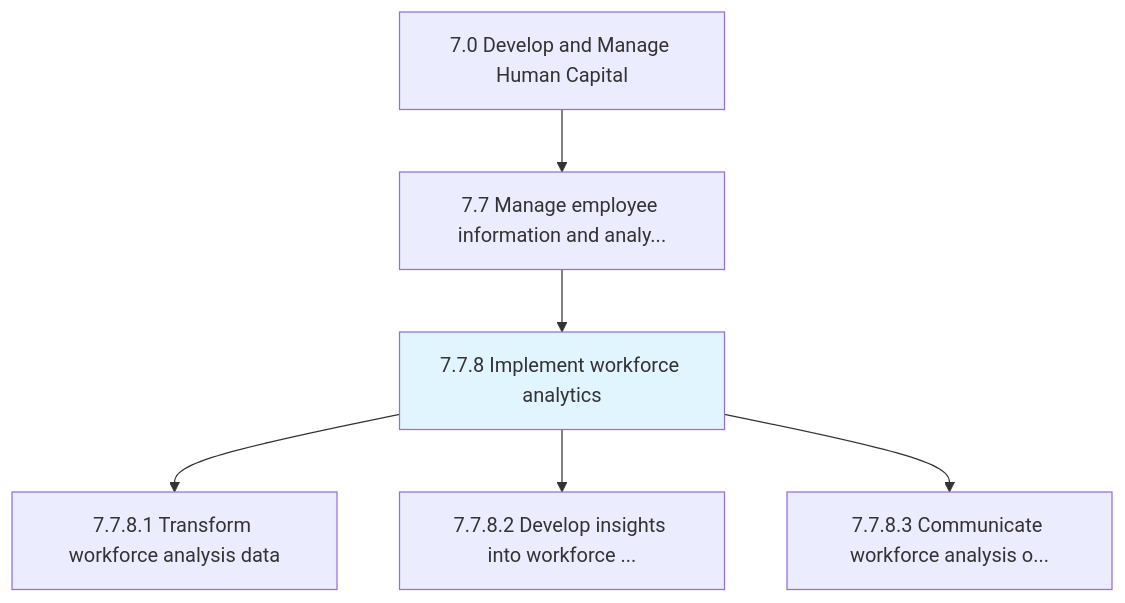
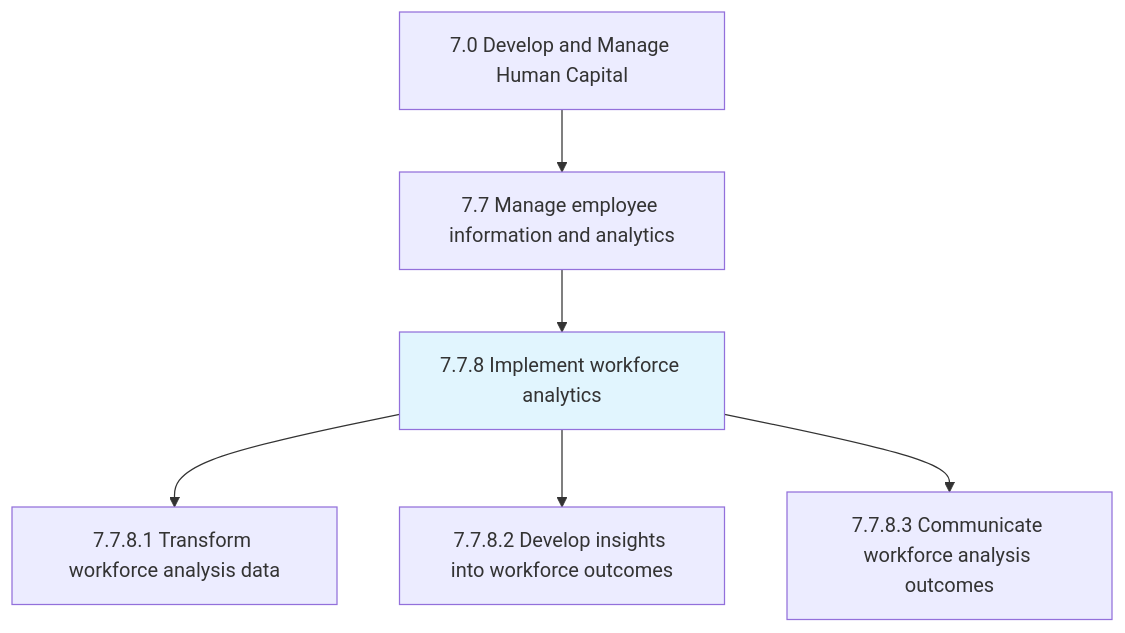
Before and after one commit to kziemski/business.org.ai: the first of 2 diagrams in processes/07-HR/7.7-ManageEmployeeInformationAnalytics/7.7.8-ImplementWorkforceAnalytics/index.mdx, drawn with Mermaid. The commit also changed other lines of this file and 885 other files, not shown here.

````diff
--- a/processes/07-HR/7.7-ManageEmployeeInformationAnalytics/7.7.8-ImplementWorkforceAnalytics/index.mdx
+++ b/processes/07-HR/7.7-ManageEmployeeInformationAnalytics/7.7.8-ImplementWorkforceAnalytics/index.mdx
@@ -25,10 +25,10 @@
 ```mermaid
 graph TD
     C7["7.0 Develop and Manage Human Capital"]
-    C7 --> N7_7["7.7 Manage employee information and analy..."]
+    C7 --> N7_7["7.7 Manage employee information and analytics"]
     N7_7 --> N7_7_8["7.7.8 Implement workforce analytics"]
     style N7_7_8 fill:#e1f5fe
     N7_7_8 --> N7_7_8_1["7.7.8.1 Transform workforce analysis data"]
-    N7_7_8 --> N7_7_8_2["7.7.8.2 Develop insights into workforce ..."]
-    N7_7_8 --> N7_7_8_3["7.7.8.3 Communicate workforce analysis o..."]
+    N7_7_8 --> N7_7_8_2["7.7.8.2 Develop insights into workforce outcomes"]
+    N7_7_8 --> N7_7_8_3["7.7.8.3 Communicate workforce analysis outcomes"]
 ```
````
